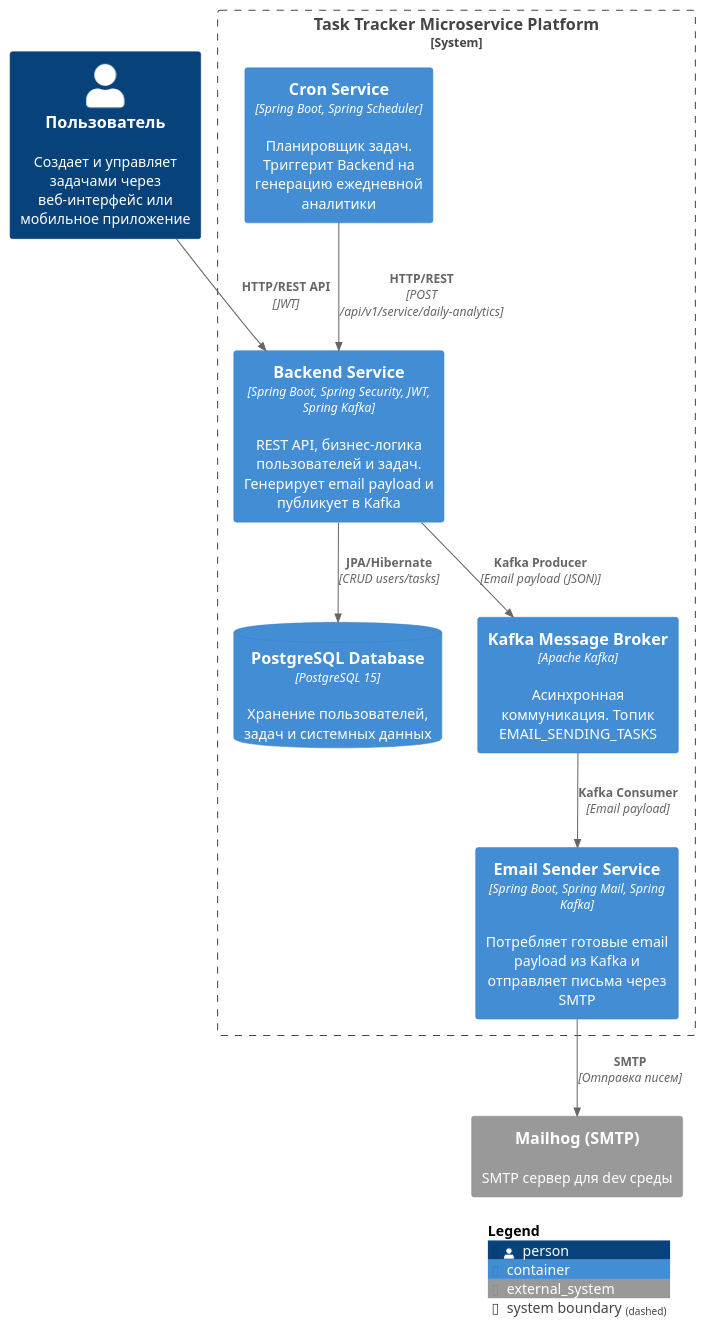
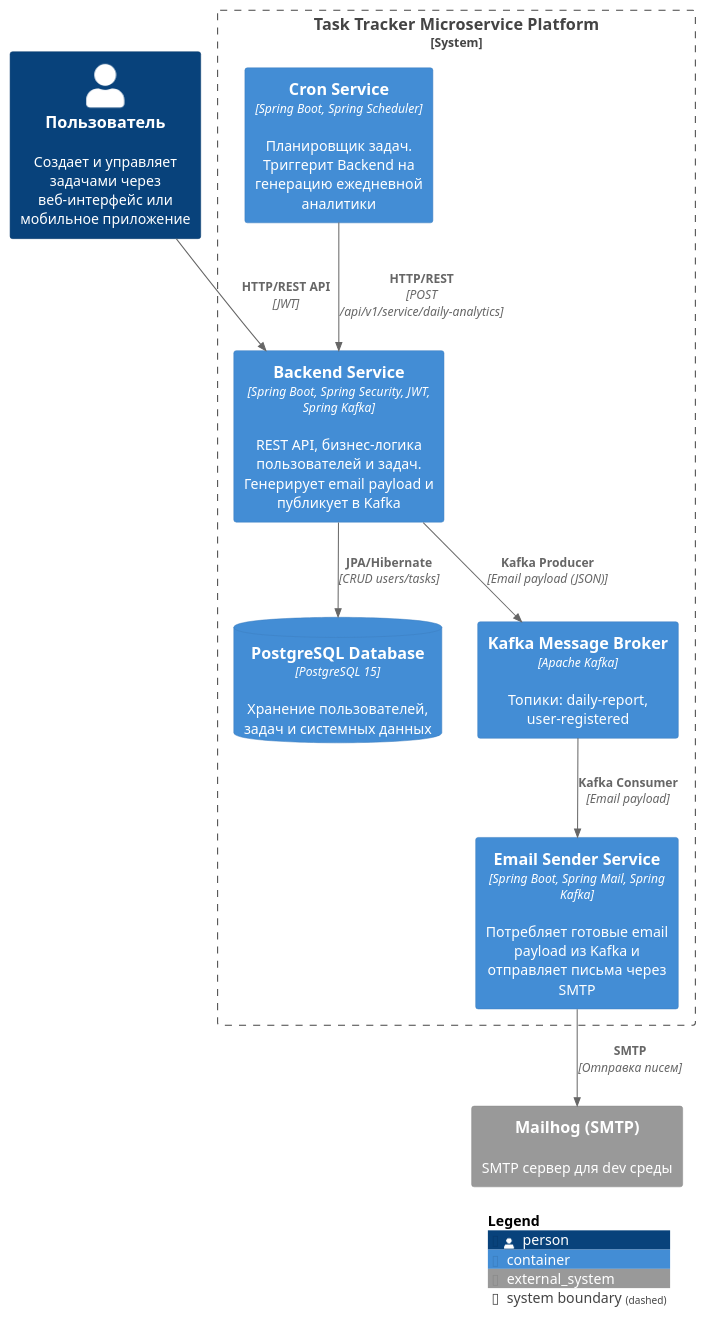
One commit to mrBlareses/task-tracker changed the diagram in diagrams/context.puml. Above: the diagram before and after it, drawn with PlantUML. The commit also changed 1 other file, not shown here.

```diff
--- a/diagrams/context.puml
+++ b/diagrams/context.puml
@@ -1,29 +1,29 @@
 @startuml TaskTrackerArchitecture
 !includeurl https://raw.githubusercontent.com/plantuml-stdlib/C4-PlantUML/master/C4_Container.puml
 
 Person(user, "Пользователь", "Создает и управляет задачами через веб-интерфейс или мобильное приложение")
 
 System_Ext(mailhog, "Mailhog (SMTP)", "SMTP сервер для dev среды")
 
 System_Boundary(System_TaskTracker, "Task Tracker Microservice Platform") {
 
   Container(backend, "Backend Service", "Spring Boot, Spring Security, JWT, Spring Kafka", "REST API, бизнес-логика пользователей и задач. Генерирует email payload и публикует в Kafka")
   Container(cronService, "Cron Service", "Spring Boot, Spring Scheduler", "Планировщик задач. Триггерит Backend на генерацию ежедневной аналитики")
   Container(emailSender, "Email Sender Service", "Spring Boot, Spring Mail, Spring Kafka", "Потребляет готовые email payload из Kafka и отправляет письма через SMTP")
 
   ContainerDb(postgres, "PostgreSQL Database", "PostgreSQL 15", "Хранение пользователей, задач и системных данных")
-  Container(kafka, "Kafka Message Broker", "Apache Kafka", "Асинхронная коммуникация. Топик EMAIL_SENDING_TASKS")
+  Container(kafka, "Kafka Message Broker", "Apache Kafka", "Топики: daily-report, user-registered")
 }
 
 Rel(user, backend, "HTTP/REST API", "JWT")
 Rel(backend, postgres, "JPA/Hibernate", "CRUD users/tasks")
 
 Rel(cronService, backend, "HTTP/REST", "POST /api/v1/service/daily-analytics")
 
 Rel(backend, kafka, "Kafka Producer", "Email payload (JSON)")
 Rel(kafka, emailSender, "Kafka Consumer", "Email payload")
 
 Rel(emailSender, mailhog, "SMTP", "Отправка писем")
 
 SHOW_LEGEND()
 @enduml
```
